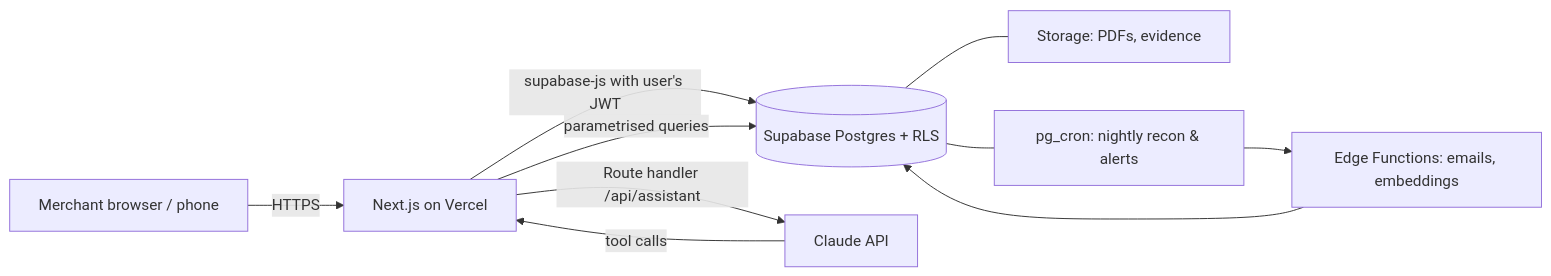
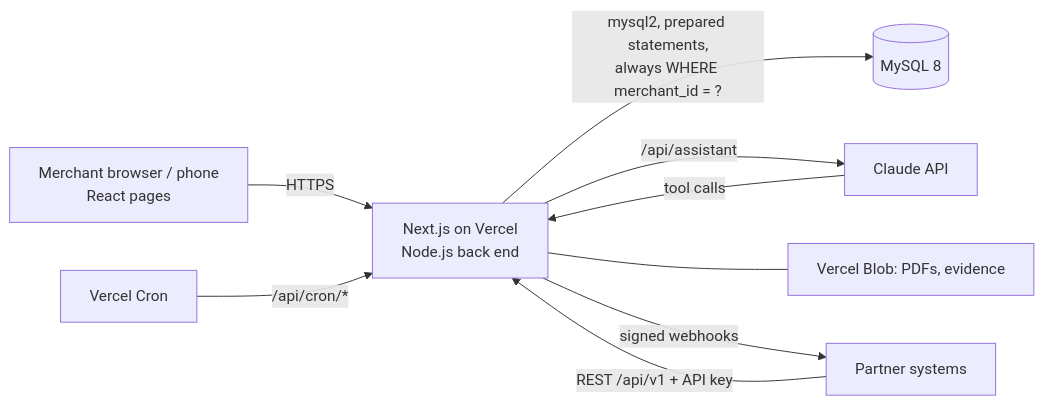
One commit to 24042452/FYP-Project changed the first of 2 diagrams in docs/02-technical-design.md. Above: the diagram before and after it, drawn with Mermaid. The commit also changed other lines of this file and 7 other files, not shown here.

````diff
--- a/docs/02-technical-design.md
+++ b/docs/02-technical-design.md
@@ -40,12 +55,11 @@
 ```mermaid
 flowchart LR
-  U[Merchant browser / phone] -->|HTTPS| V[Next.js on Vercel]
-  V -->|supabase-js with user's JWT| SB[(Supabase Postgres + RLS)]
-  V -->|Route handler /api/assistant| C[Claude API]
+  U[Merchant browser / phone<br/>React pages] -->|HTTPS| V[Next.js on Vercel<br/>Node.js back end]
+  P[Partner systems] -->|REST /api/v1 + API key| V
+  V -->|mysql2, prepared statements,<br/>always WHERE merchant_id = ?| DB[(MySQL 8)]
+  V -->|/api/assistant| C[Claude API]
   C -->|tool calls| V
-  V -->|parametrised queries| SB
-  SB --- ST[Storage: PDFs, evidence]
-  SB --- CR[pg_cron: nightly recon & alerts]
-  CR --> EF[Edge Functions: emails, embeddings]
-  EF --> SB
+  V --- BL[Vercel Blob: PDFs, evidence]
+  CR[Vercel Cron] -->|/api/cron/*| V
+  V -->|signed webhooks| P
 ```
````
